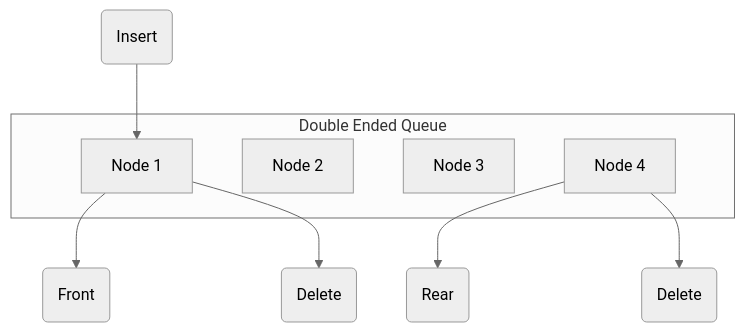
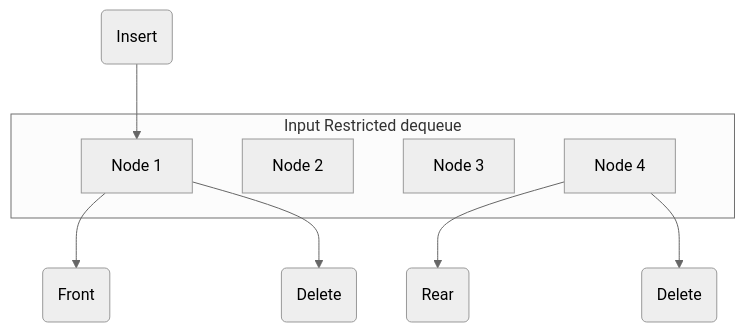
One commit to thejunghare/DataStructure changed the seventh of 8 diagrams in Linear-ds/Dynamic-ds/Queue/README.md. Above: the diagram before and after it, drawn with Mermaid (neutral theme). The commit also changed other lines of this file, not shown here.

Commit message:
updated diagram

````diff
--- a/Linear-ds/Dynamic-ds/Queue/README.md
+++ b/Linear-ds/Dynamic-ds/Queue/README.md
@@ -103,20 +103,20 @@
 ```mermaid
 graph TD
 
-subgraph Double Ended Queue
+subgraph Input Restricted dequeue
     A[Node 4]
     B[Node 2]
     C[Node 3]
     D[Node 1]
 end
 
 A[Node 4] --> E(Rear)
 D[Node 1] --> F(Front)
 D[Node 1] --> G(Delete)
 H(Insert) --> D[Node 1]
 
 
 A[Node 4] --> J(Delete)
 
 
 ```
````
